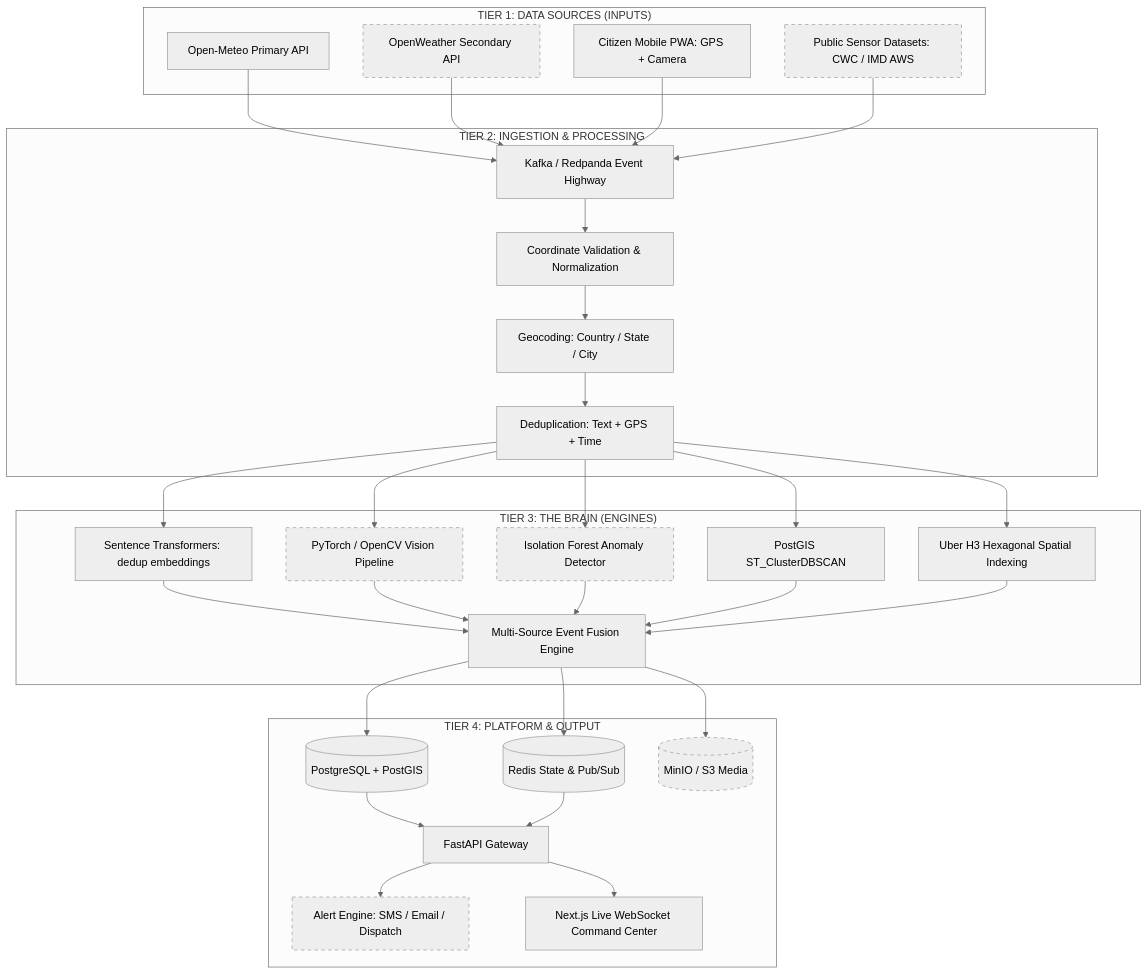
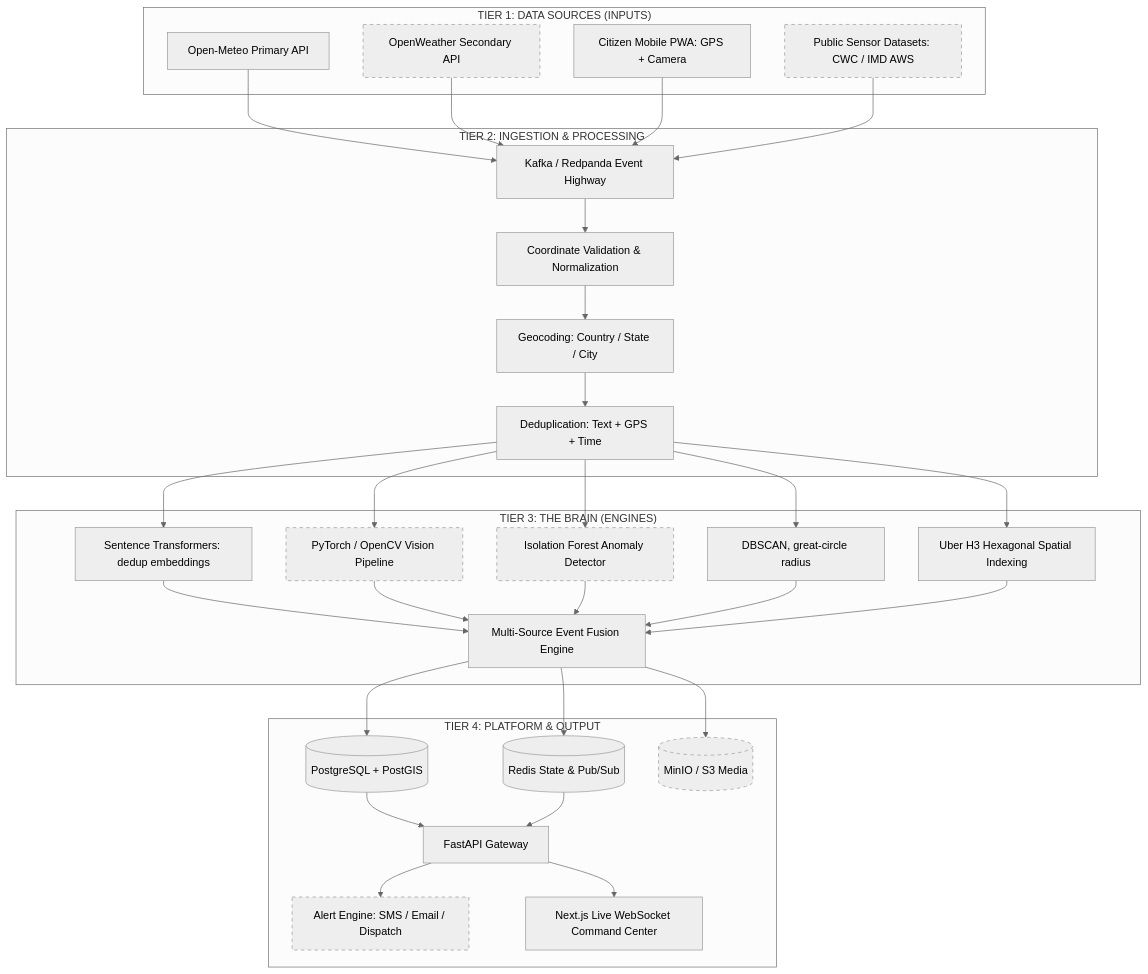
Before and after one commit to SabaSaiid/INDRA: the second of 2 diagrams in docs/ARCHITECTURE.md, drawn with Mermaid (neutral theme). The commit also changed other lines of this file, not shown here.

First line of the commit message:
docs(architecture): ledger rows 3, 5, 8a, 8b and 9 re-verified 22 Sep

````diff
--- a/docs/ARCHITECTURE.md
+++ b/docs/ARCHITECTURE.md
@@ -206,45 +205,45 @@
 ```mermaid
 flowchart TD
     subgraph TIER1["TIER 1: DATA SOURCES (INPUTS)"]
         SRC1[Open-Meteo Primary API]
         SRC2[OpenWeather Secondary API]
         SRC3[Citizen Mobile PWA: GPS + Camera]
         SRC4[Public Sensor Datasets: CWC / IMD AWS]
     end
 
     subgraph TIER2["TIER 2: INGESTION & PROCESSING"]
         K1[Kafka / Redpanda Event Highway]
         V1[Coordinate Validation & Normalization]
         V2[Geocoding: Country / State / City]
         V3[Deduplication: Text + GPS + Time]
     end
 
     subgraph TIER3["TIER 3: THE BRAIN (ENGINES)"]
         AI1[Sentence Transformers: dedup embeddings]
         AI2[PyTorch / OpenCV Vision Pipeline]
         AI3[Isolation Forest Anomaly Detector]
-        GEO1[PostGIS ST_ClusterDBSCAN]
+        GEO1[DBSCAN, great-circle radius]
         GEO2[Uber H3 Hexagonal Spatial Indexing]
         FUS[Multi-Source Event Fusion Engine]
     end
 
     subgraph TIER4["TIER 4: PLATFORM & OUTPUT"]
         DB[(PostgreSQL + PostGIS)]
         RD[(Redis State & Pub/Sub)]
         OBJ[(MinIO / S3 Media)]
         API[FastAPI Gateway]
         ALERT[Alert Engine: SMS / Email / Dispatch]
         UI[Next.js Live WebSocket Command Center]
     end
 
     SRC1 & SRC2 & SRC3 & SRC4 --> K1
     K1 --> V1 --> V2 --> V3
     V3 --> AI1 & AI2 & AI3 & GEO1 & GEO2
     AI1 & AI2 & AI3 & GEO1 & GEO2 --> FUS
     FUS --> DB & RD & OBJ
     DB & RD --> API --> UI
     API --> ALERT
 
     classDef notBuilt stroke-dasharray: 5 5,stroke-width:1px;
     class SRC2,SRC4,AI2,AI3,OBJ,ALERT notBuilt;
 ```
````
